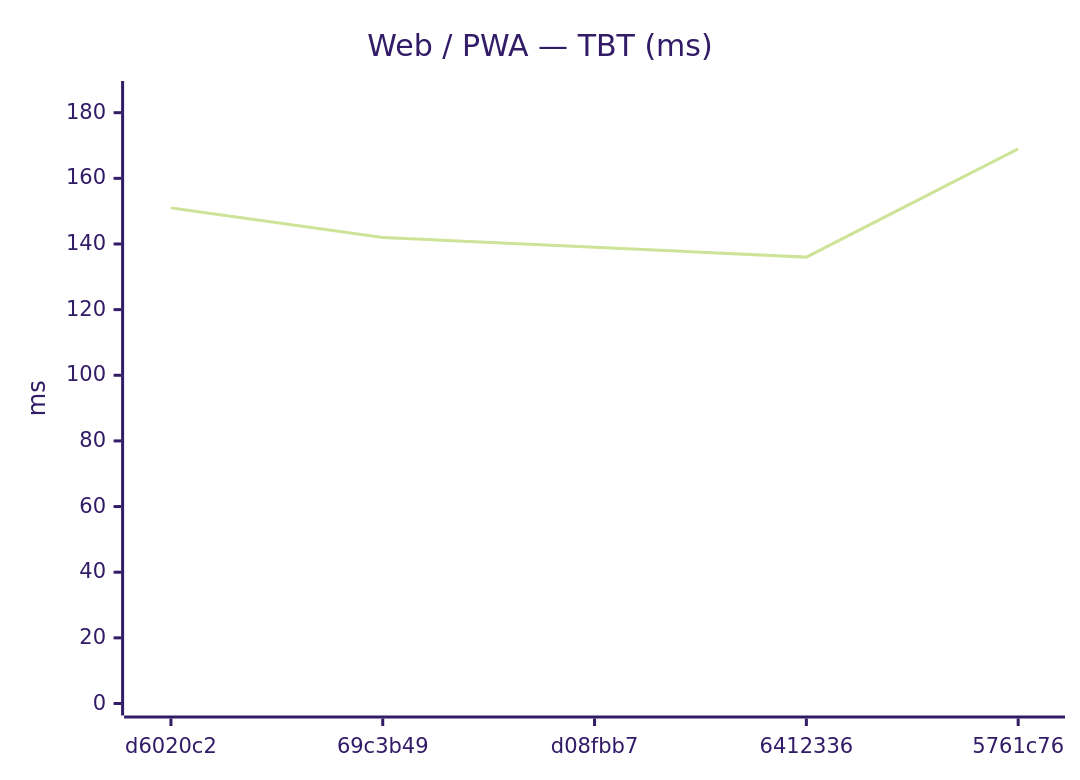
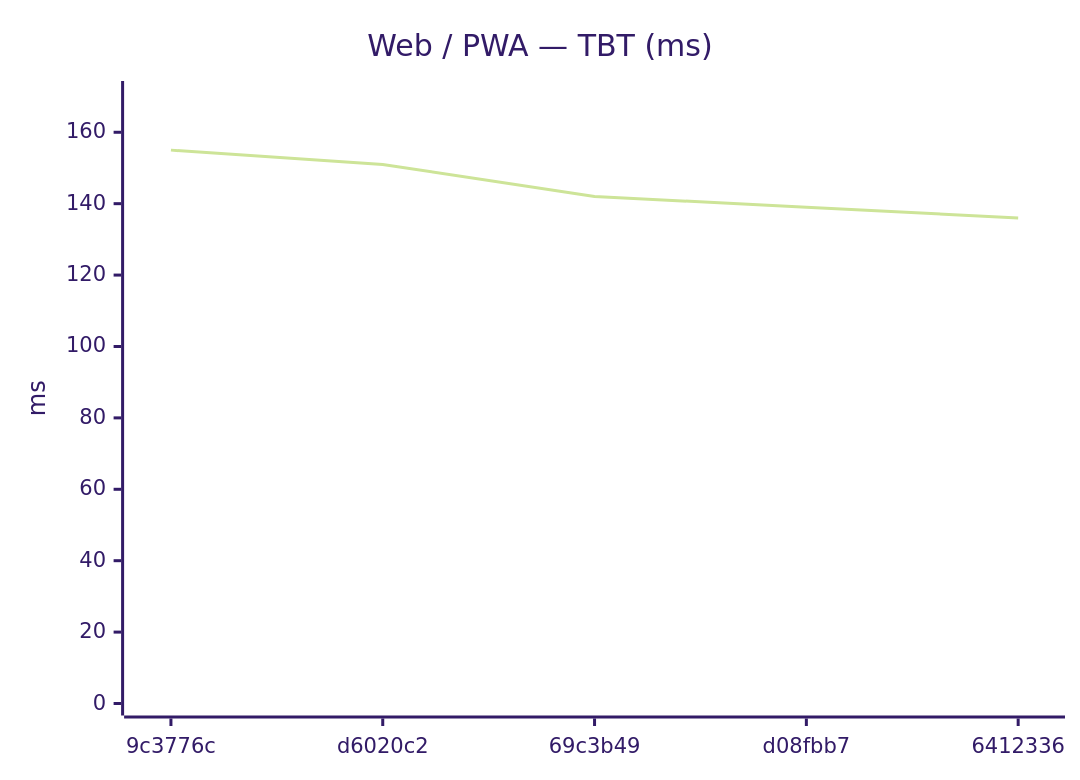
One commit to Metaheurist/Rianell changed the eighth of 18 diagrams in benchmarks/compare.md. Above: the diagram before and after it, drawn with Mermaid (forest theme). The commit also changed other lines of this file and 11 other files, not shown here.

````diff
--- a/benchmarks/compare.md
+++ b/benchmarks/compare.md
@@ -124,7 +124,7 @@
 ```mermaid
 xychart-beta
     title "Web / PWA — TBT (ms)"
-    x-axis ["d6020c2", "69c3b49", "d08fbb7", "6412336", "5761c76"]
-    y-axis "ms" 0 --> 186
-    line [151, 142, 139, 136, 169]
+    x-axis ["9c3776c", "d6020c2", "69c3b49", "d08fbb7", "6412336"]
+    y-axis "ms" 0 --> 171
+    line [155, 151, 142, 139, 136]
 ```
````
